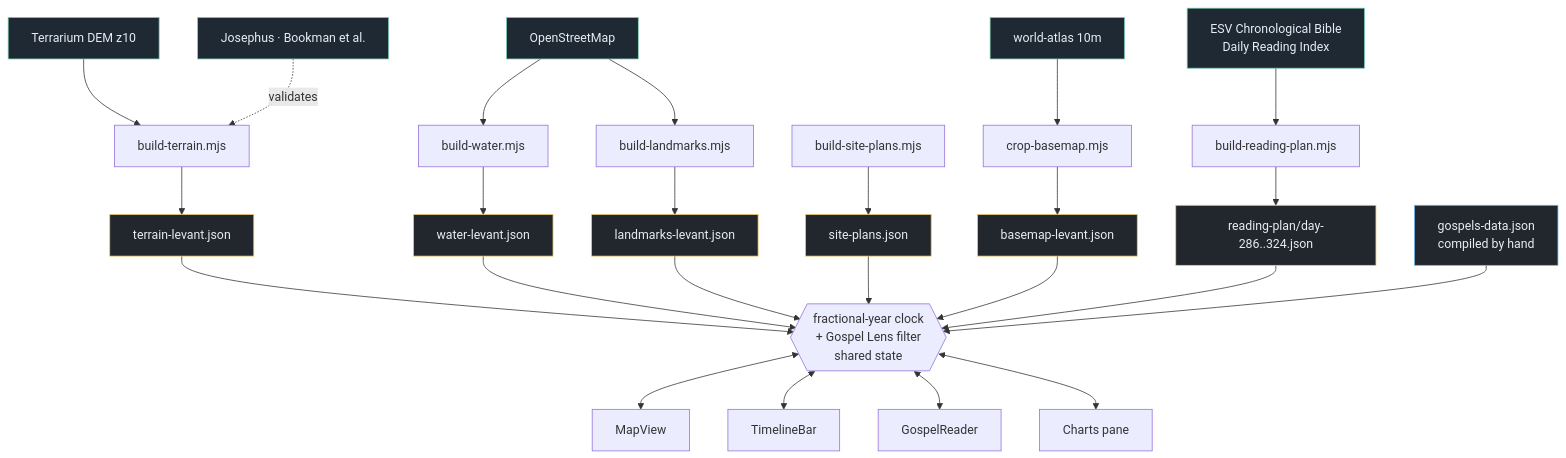
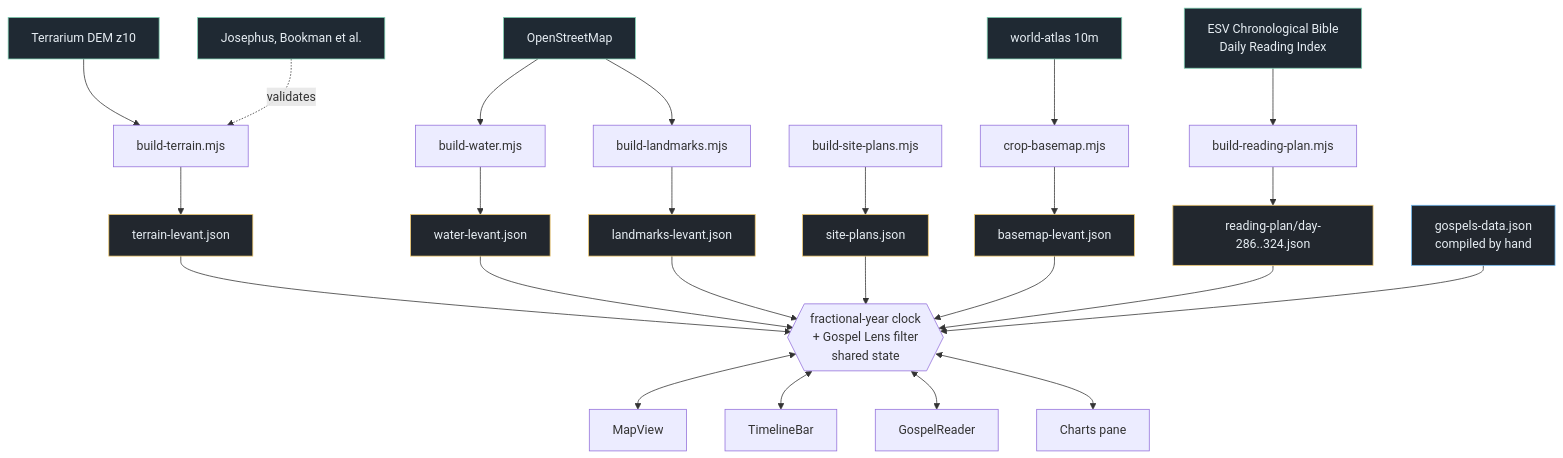
The diagram in README.md (Ptander01/Jesus-World), drawn with Mermaid before and after one commit.

Commit message:
Quote every mermaid node label
Unquoted labels containing punctuation are the usual cause of a silent
mermaid parse failure on GitHub — it renders nothing and reports nothing.
Verified with @mermaid-js/mermaid-cli rather than by eye: the diagram
parses and produces a 45 KB SVG.

````diff
--- a/README.md
+++ b/README.md
@@ -62,56 +62,56 @@
 ```mermaid
 flowchart TD
-    DEM[Terrarium DEM z10]:::src
-    OSM[OpenStreetMap]:::src
-    ATLAS[world-atlas 10m]:::src
-    PLAN[ESV Chronological Bible<br/>Daily Reading Index]:::src
-    JOS[Josephus · Bookman et al.]:::src
+    DEM["Terrarium DEM z10"]:::src
+    OSM["OpenStreetMap"]:::src
+    ATLAS["world-atlas 10m"]:::src
+    PLAN["ESV Chronological Bible<br/>Daily Reading Index"]:::src
+    JOS["Josephus, Bookman et al."]:::src
 
-    T[build-terrain.mjs]
-    W[build-water.mjs]
-    L[build-landmarks.mjs]
-    S[build-site-plans.mjs]
-    C[crop-basemap.mjs]
-    R[build-reading-plan.mjs]
+    T["build-terrain.mjs"]
+    W["build-water.mjs"]
+    L["build-landmarks.mjs"]
+    S["build-site-plans.mjs"]
+    C["crop-basemap.mjs"]
+    R["build-reading-plan.mjs"]
 
-    TD[terrain-levant.json]:::gen
-    WD[water-levant.json]:::gen
-    LD[landmarks-levant.json]:::gen
-    SD[site-plans.json]:::gen
-    BD[basemap-levant.json]:::gen
-    RP[reading-plan/day-286..324.json]:::gen
-    GD[gospels-data.json<br/>compiled by hand]:::auth
+    TD["terrain-levant.json"]:::gen
+    WD["water-levant.json"]:::gen
+    LD["landmarks-levant.json"]:::gen
+    SD["site-plans.json"]:::gen
+    BD["basemap-levant.json"]:::gen
+    RP["reading-plan/day-286..324.json"]:::gen
+    GD["gospels-data.json<br/>compiled by hand"]:::auth
 
-    CLOCK{{fractional-year clock<br/>+ Gospel Lens filter<br/>shared state}}
+    CLOCK{{"fractional-year clock<br/>+ Gospel Lens filter<br/>shared state"}}
 
     DEM --> T
     OSM --> W
     OSM --> L
     ATLAS --> C
     PLAN --> R
     JOS -.validates.-> T
 
     T --> TD
     W --> WD
     L --> LD
     S --> SD
     C --> BD
     R --> RP
 
     TD --> CLOCK
     WD --> CLOCK
     LD --> CLOCK
     SD --> CLOCK
     BD --> CLOCK
     RP --> CLOCK
     GD --> CLOCK
 
-    CLOCK <--> MAP[MapView]
-    CLOCK <--> TL[TimelineBar]
-    CLOCK <--> RD[GospelReader]
-    CLOCK <--> CH[Charts pane]
+    CLOCK <--> MAP["MapView"]
+    CLOCK <--> TL["TimelineBar"]
+    CLOCK <--> RD["GospelReader"]
+    CLOCK <--> CH["Charts pane"]
 
     classDef src fill:#1f2933,stroke:#7ecfb2,color:#e6edf3
     classDef gen fill:#22272e,stroke:#f0c96e,color:#e6edf3
     classDef auth fill:#22272e,stroke:#6eb8f0,color:#e6edf3
 ```
````
